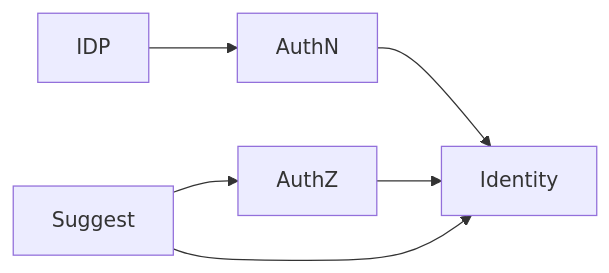
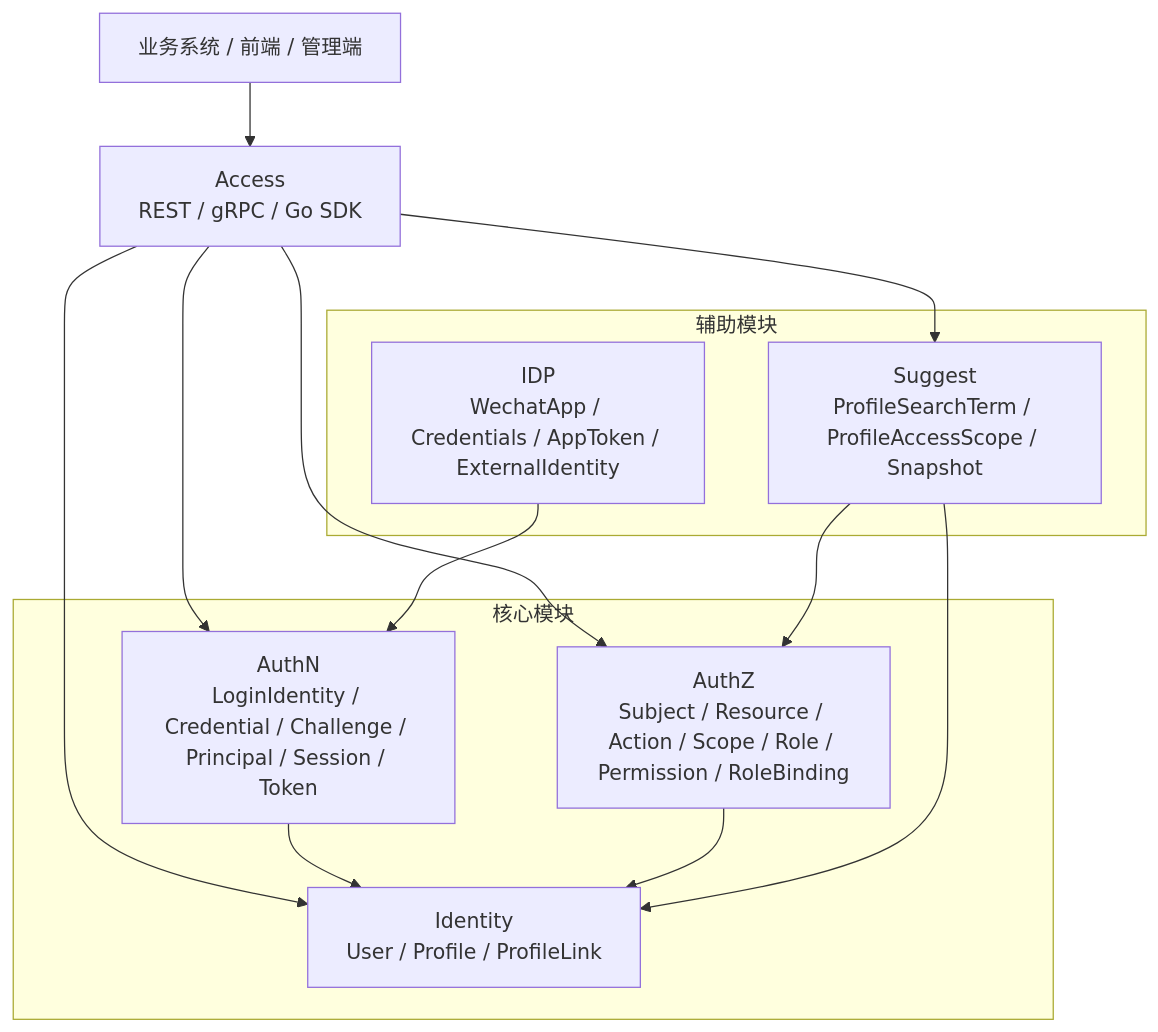
The first of 4 diagrams in docs/00-概览/02-模块划分与协作关系.md (FangcunMount/iam), drawn with Mermaid before and after one commit. The commit also changed other lines of this file and 5 other files, not shown here.

````diff
--- a/docs/00-概览/02-模块划分与协作关系.md
+++ b/docs/00-概览/02-模块划分与协作关系.md
@@ -16,14 +58,29 @@
 ```mermaid
-flowchart LR
-    IDP["IDP"]
-    AuthN["AuthN"]
-    Identity["Identity"]
-    AuthZ["AuthZ"]
-    Suggest["Suggest"]
+flowchart TD
+    Client["业务系统 / 前端 / 管理端"]
+    Access["Access\nREST / gRPC / Go SDK"]
+
+    subgraph Core["核心模块"]
+        Identity["Identity\nUser / Profile / ProfileLink"]
+        AuthN["AuthN\nLoginIdentity / Credential / Challenge / Principal / Session / Token"]
+        AuthZ["AuthZ\nSubject / Resource / Action / Scope / Role / Permission / RoleBinding"]
+    end
+
+    subgraph Support["辅助模块"]
+        IDP["IDP\nWechatApp / Credentials / AppToken / ExternalIdentity"]
+        Suggest["Suggest\nProfileSearchTerm / ProfileAccessScope / Snapshot"]
+    end
+
+    Client --> Access
+
+    Access --> Identity
+    Access --> AuthN
+    Access --> AuthZ
+    Access --> Suggest
 
     IDP --> AuthN
     AuthN --> Identity
     AuthZ --> Identity
     Suggest --> Identity
     Suggest --> AuthZ
 ```
````
